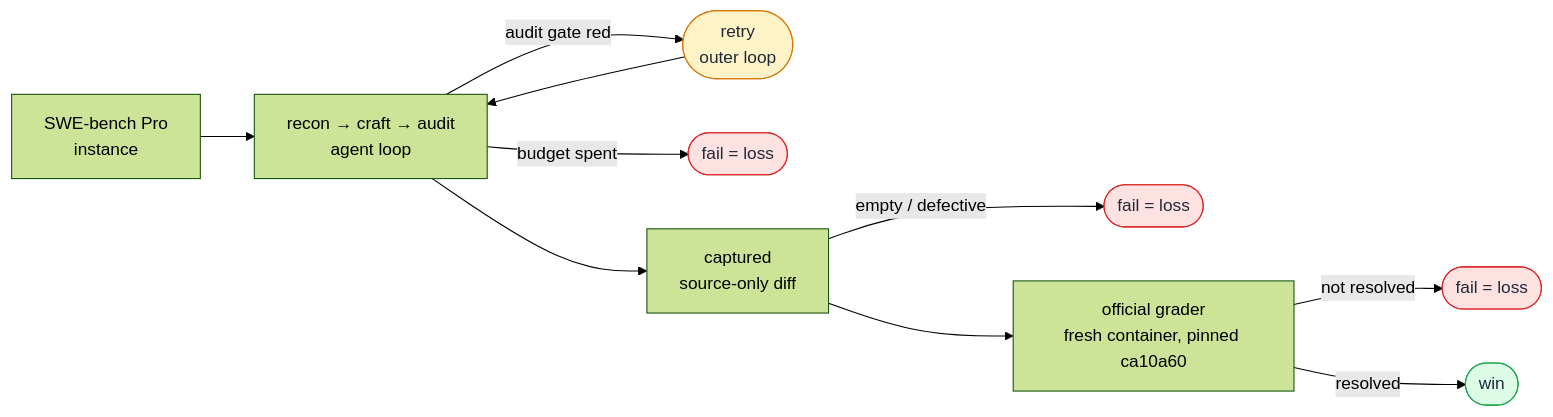
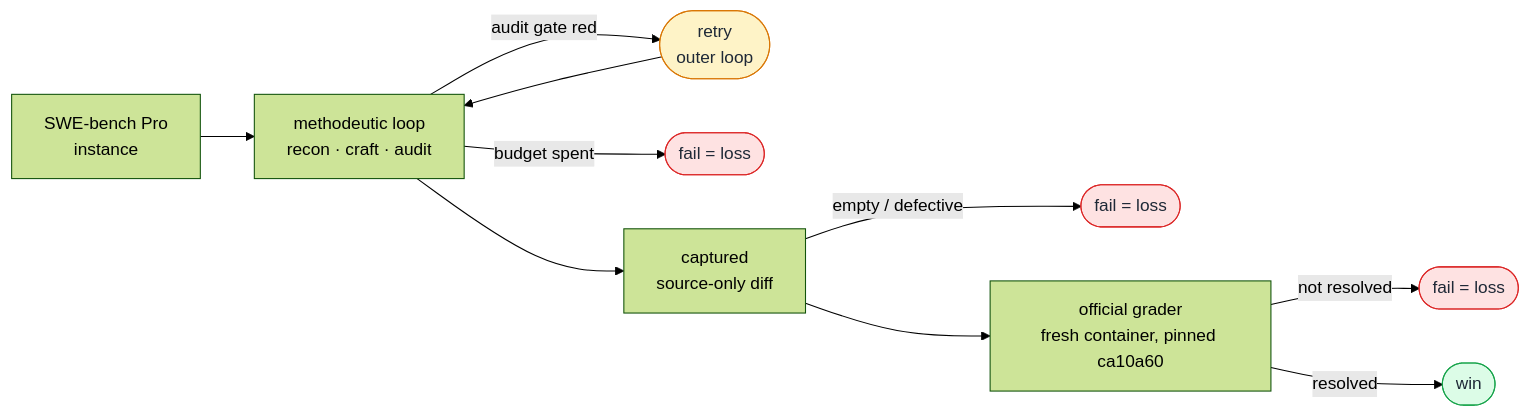
The third of 3 diagrams in README.md (kimjune01/swebench-pro), drawn with Mermaid (forest theme) before and after one commit. The commit also changed other lines of this file and 3 other files, not shown here.

````diff
--- a/README.md
+++ b/README.md
@@ -95,15 +95,15 @@
 ```mermaid
 flowchart LR
-    I["SWE-bench Pro<br/>instance"] --> A["recon → craft → audit<br/>agent loop"]
+    I["SWE-bench Pro<br/>instance"] --> A["methodeutic loop<br/>recon · craft · audit"]
     A -->|audit gate red| R(["retry<br/>outer loop"]):::retry
     R --> A
     A -->|budget spent| F1(["fail = loss"]):::fail
     A --> P["captured<br/>source-only diff"]
     P -->|empty / defective| F2(["fail = loss"]):::fail
     P --> G["official grader<br/>fresh container, pinned ca10a60"]
     G -->|not resolved| F3(["fail = loss"]):::fail
     G -->|resolved| W(["win"]):::win
     classDef retry fill:#fef3c7,stroke:#d97706,color:#1f2937;
     classDef fail fill:#fee2e2,stroke:#dc2626,color:#1f2937;
     classDef win fill:#dcfce7,stroke:#16a34a,color:#1f2937;
 ```
````
